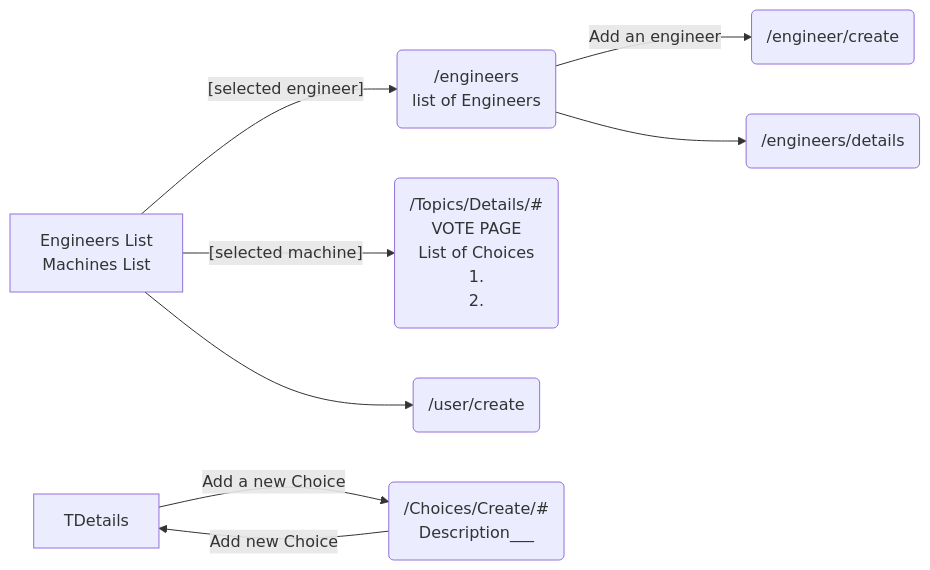
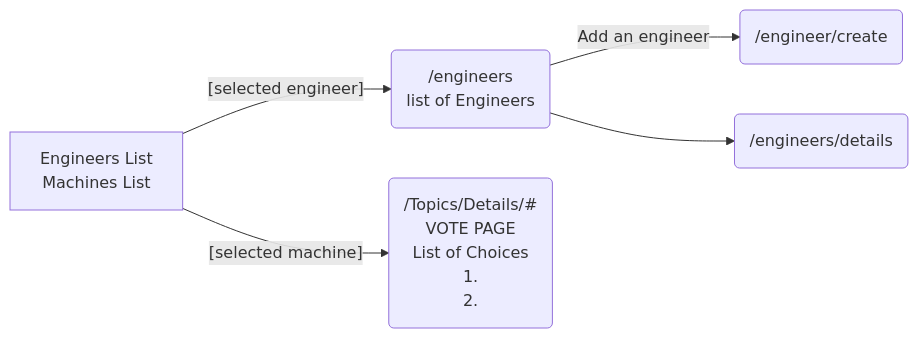
One commit to John-Dig/Factory.Solution changed the diagram in README.md. Above: the diagram before and after it, drawn with Mermaid.

Commit message:
planning

````diff
--- a/README.md
+++ b/README.md
@@ -3,8 +3,7 @@
 ```mermaid
 flowchart LR
 SplashPage[Engineers List<br>Machines List]--"[selected engineer]"-->EngineersIndex("/engineers"<br>list of Engineers)--Add an engineer-->EngineerCreate("/engineer/create") 
 EngineersIndex-->EngineersDetails("/engineers/details")
 SplashPage--"[selected machine]"-->MachineIndex("/Topics/Details/#"<br>VOTE PAGE<br>List of Choices <br>1.<br>2.)
-TDetails--Add a new Choice-->CCreate("/Choices/Create/#"<br>Description___)--Add new Choice-->TDetails
-SplashPage-->UserCreate(/user/create<br>)
+
 ```
````
